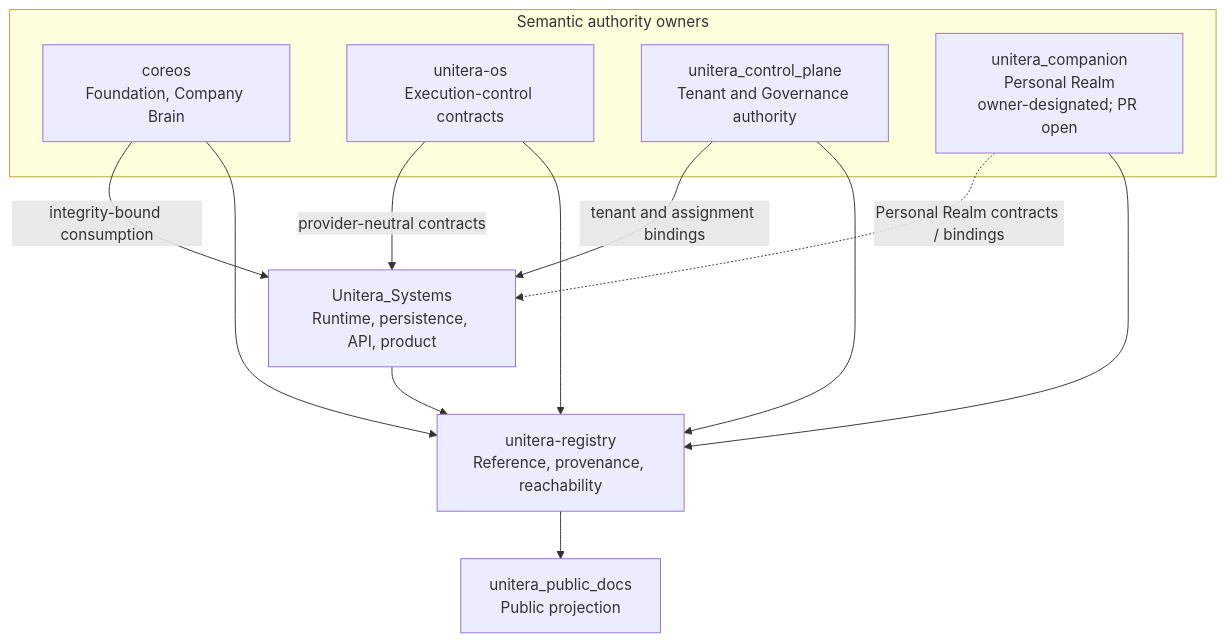
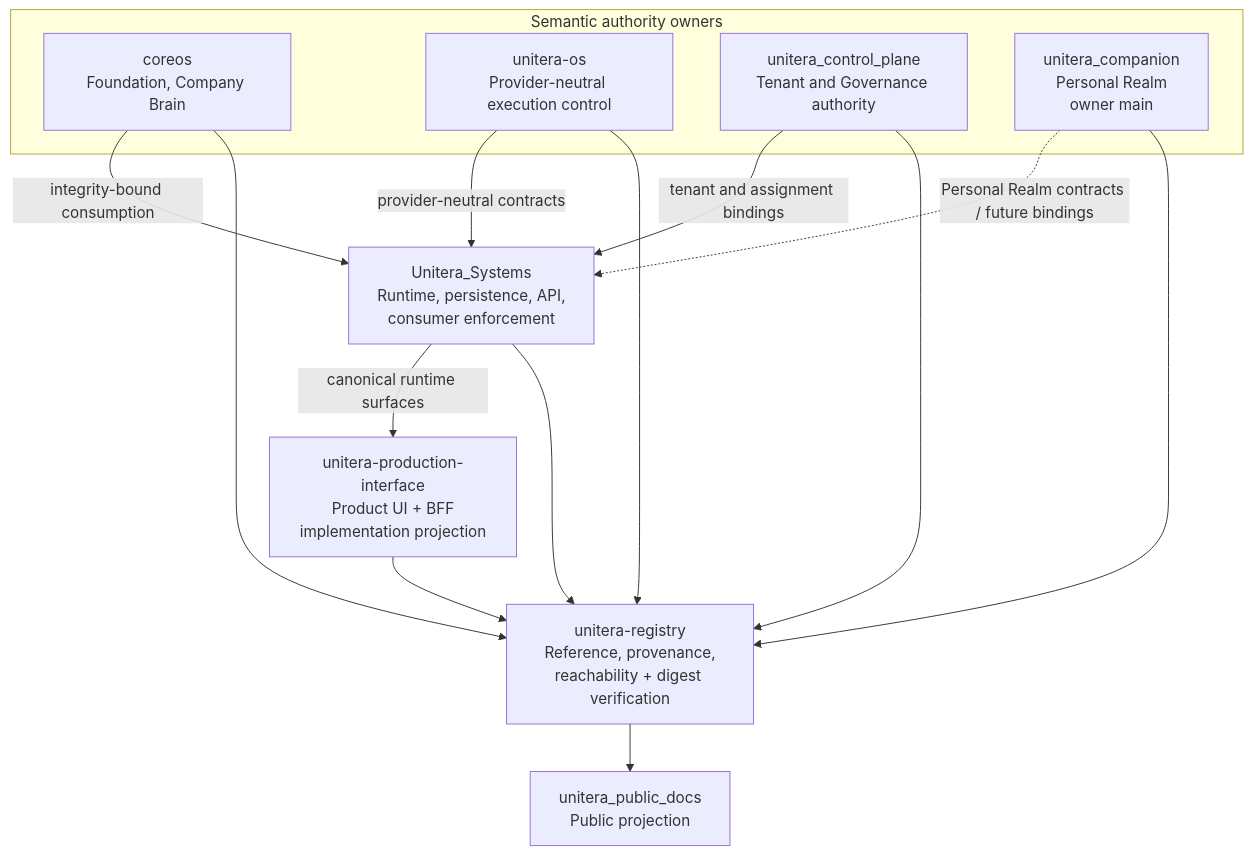
One commit to baum777/unitera_public_docs changed the first of 2 diagrams in docs/en/architecture/repository-topology.md. Above: the diagram before and after it, drawn with Mermaid. The commit also changed other lines of this file, not shown here.

Commit message:
docs: update authority topology for companion and production interface

````diff
--- a/docs/en/architecture/repository-topology.md
+++ b/docs/en/architecture/repository-topology.md
@@ -9,24 +9,28 @@
 ```mermaid
 flowchart TB
     subgraph OWNERS[Semantic authority owners]
       C[coreos<br/>Foundation, Company Brain]
-      O[unitera-os<br/>Execution-control contracts]
+      O[unitera-os<br/>Provider-neutral execution control]
       T[unitera_control_plane<br/>Tenant and Governance authority]
-      P[unitera_companion<br/>Personal Realm<br/>owner-designated; PR open]
+      P[unitera_companion<br/>Personal Realm<br/>owner main]
     end
 
-    S[Unitera_Systems<br/>Runtime, persistence, API, product]
-    R[unitera-registry<br/>Reference, provenance, reachability]
+    S[Unitera_Systems<br/>Runtime, persistence, API,<br/>consumer enforcement]
+    I[unitera-production-interface<br/>Product UI + BFF<br/>implementation projection]
+    R[unitera-registry<br/>Reference, provenance,<br/>reachability + digest verification]
     D[unitera_public_docs<br/>Public projection]
 
     C -->|integrity-bound consumption| S
     O -->|provider-neutral contracts| S
     T -->|tenant and assignment bindings| S
-    P -.->|Personal Realm contracts / bindings| S
+    P -.->|Personal Realm contracts / future bindings| S
+    S -->|canonical runtime surfaces| I
+
     C --> R
     O --> R
     T --> R
     P --> R
     S --> R
+    I --> R
     R --> D
 ```
````
